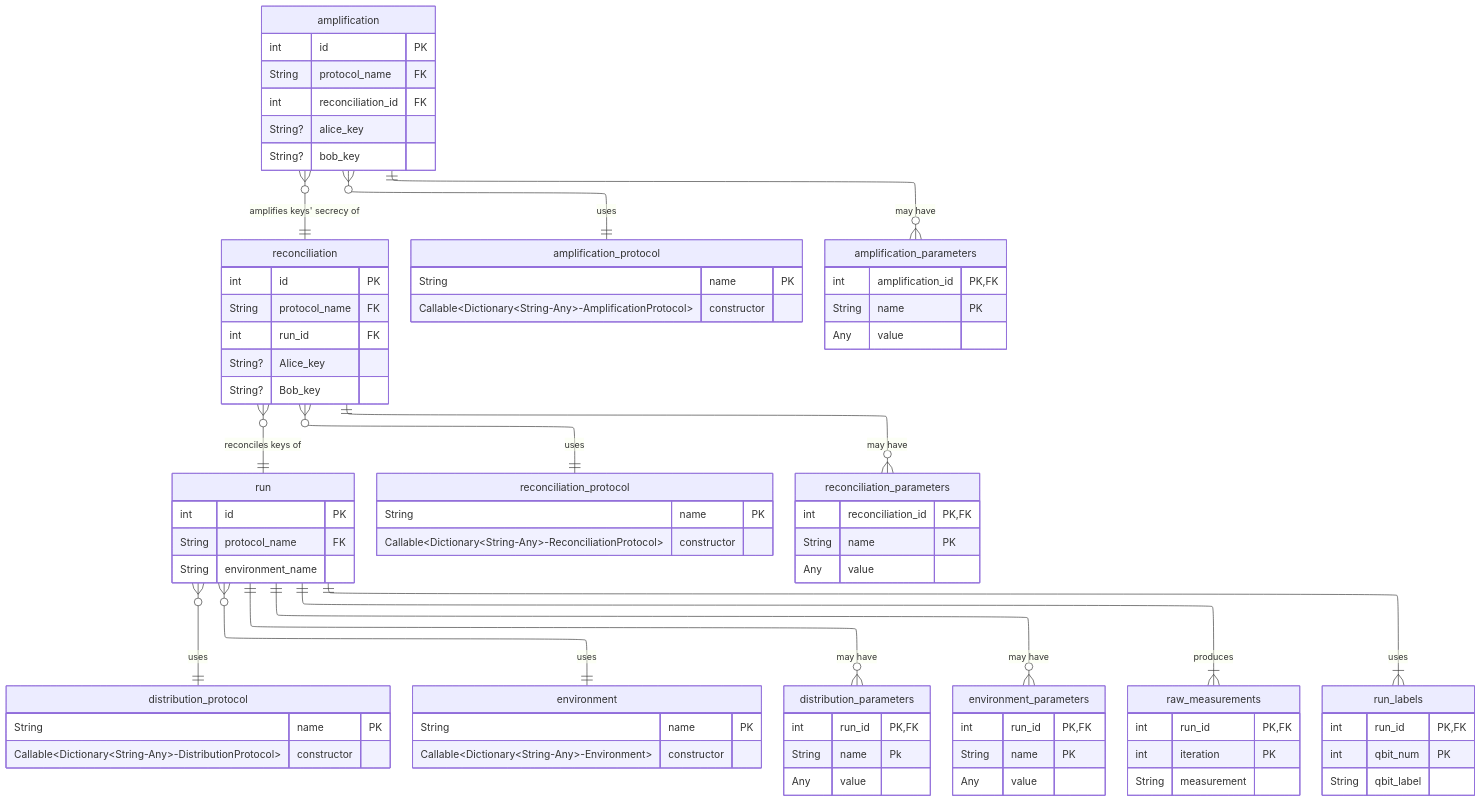
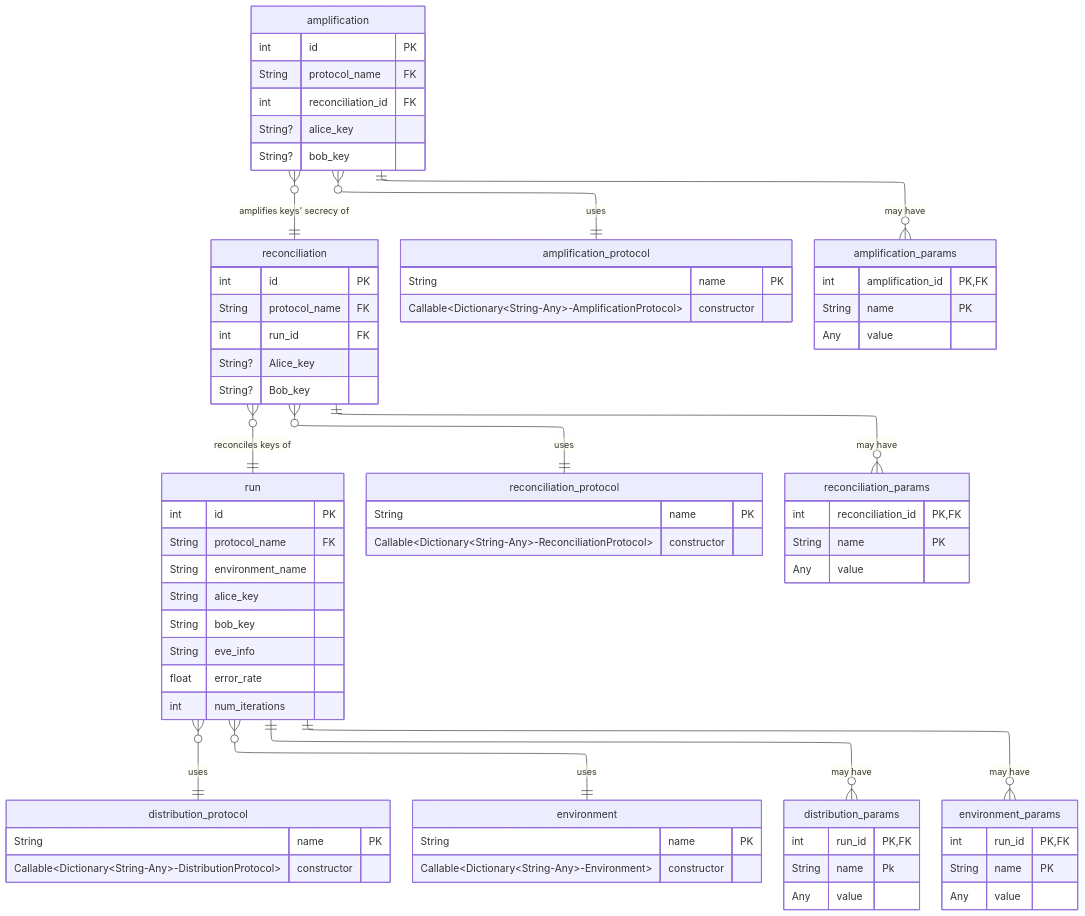
The second of 2 diagrams in README.md (Pierre-EtienneBrindle/QKDSimulator), drawn with Mermaid before and after one commit. The commit also changed other lines of this file and 11 other files, not shown here.

```diff
--- a/README.md
+++ b/README.md
@@ -229,16 +214,14 @@
 
     run }o -- || distribution_protocol : "uses"
     run }o -- || environment : "uses"
-    run || -- o{ distribution_parameters : "may have"
-    run || -- o{ environment_parameters : "may have"
-    run || -- |{ raw_measurements : "produces"
-    run || -- |{ run_labels : "uses"
+    run || -- o{ distribution_params : "may have"
+    run || -- o{ environment_params : "may have"
     reconciliation }o -- || run : "reconciles keys of"
     reconciliation }o -- || reconciliation_protocol : "uses"
-    reconciliation || -- o{ reconciliation_parameters : "may have"
+    reconciliation || -- o{ reconciliation_params : "may have"
     amplification }o -- || reconciliation : "amplifies keys' secrecy of"
     amplification }o -- || amplification_protocol : "uses"
-    amplification || -- o{ amplification_parameters : "may have"
+    amplification || -- o{ amplification_params : "may have"
 
     distribution_protocol{
         String name PK
@@ -249,9 +232,14 @@
         int id PK
         String protocol_name FK
         String environment_name
+        String alice_key
+        String bob_key
+        String eve_info
+        float error_rate
+        int num_iterations
     }
 
-    distribution_parameters{
+    distribution_params{
         int run_id PK,FK
         String name Pk
         Any value
@@ -263,22 +251,10 @@
     }
 
 
-    environment_parameters{
+    environment_params{
         int run_id PK,FK
         String name PK
         Any value
-    }
-
-    run_labels{
-        int run_id PK,FK
-        int qbit_num PK
-        String qbit_label
-    }
-
-    raw_measurements{
-        int run_id PK,FK
-        int iteration PK
-        String measurement
     }
 
     reconciliation{
@@ -294,7 +270,7 @@
         Callable~Dictionary~String-Any~-ReconciliationProtocol~ constructor
     }
 
-    reconciliation_parameters{
+    reconciliation_params{
         int reconciliation_id PK,FK
         String name PK
         Any value
@@ -313,7 +289,7 @@
         Callable~Dictionary~String-Any~-AmplificationProtocol~ constructor
     }
 
-    amplification_parameters{
+    amplification_params{
         int amplification_id PK,FK
         String name PK
         Any value
```
